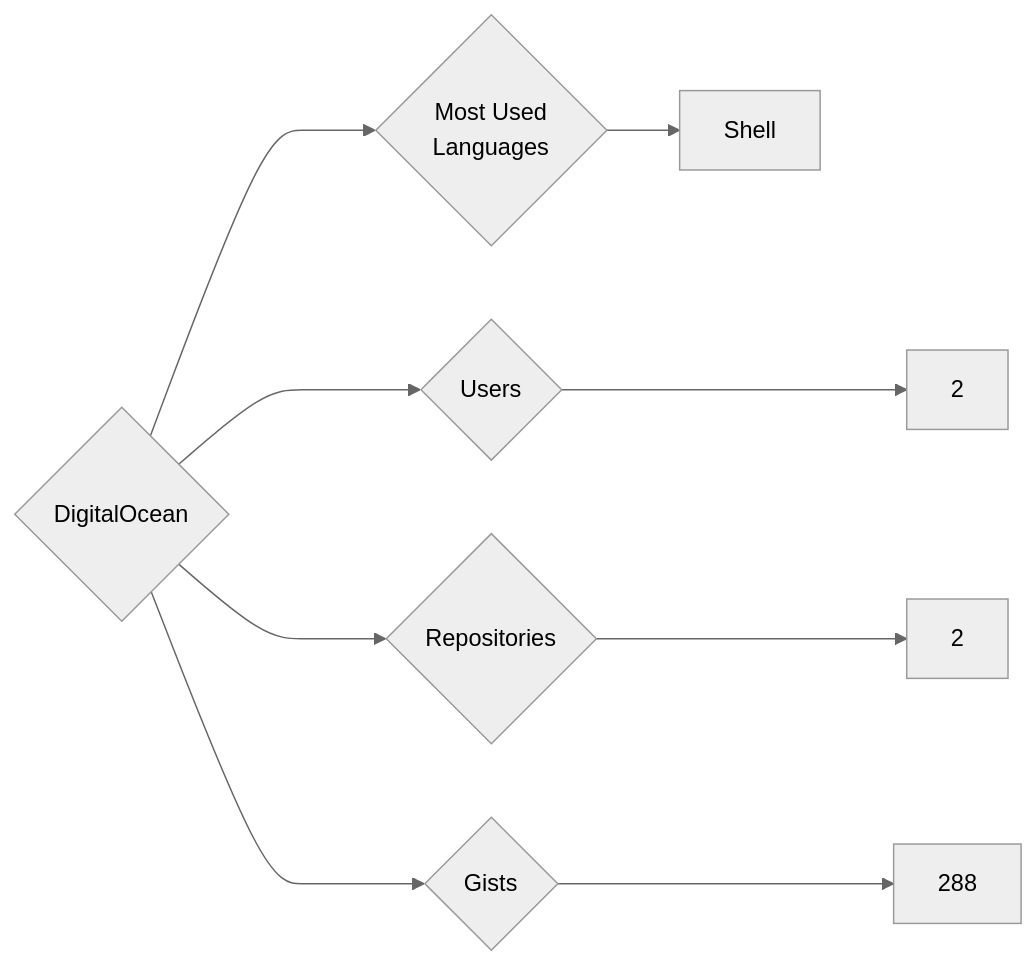
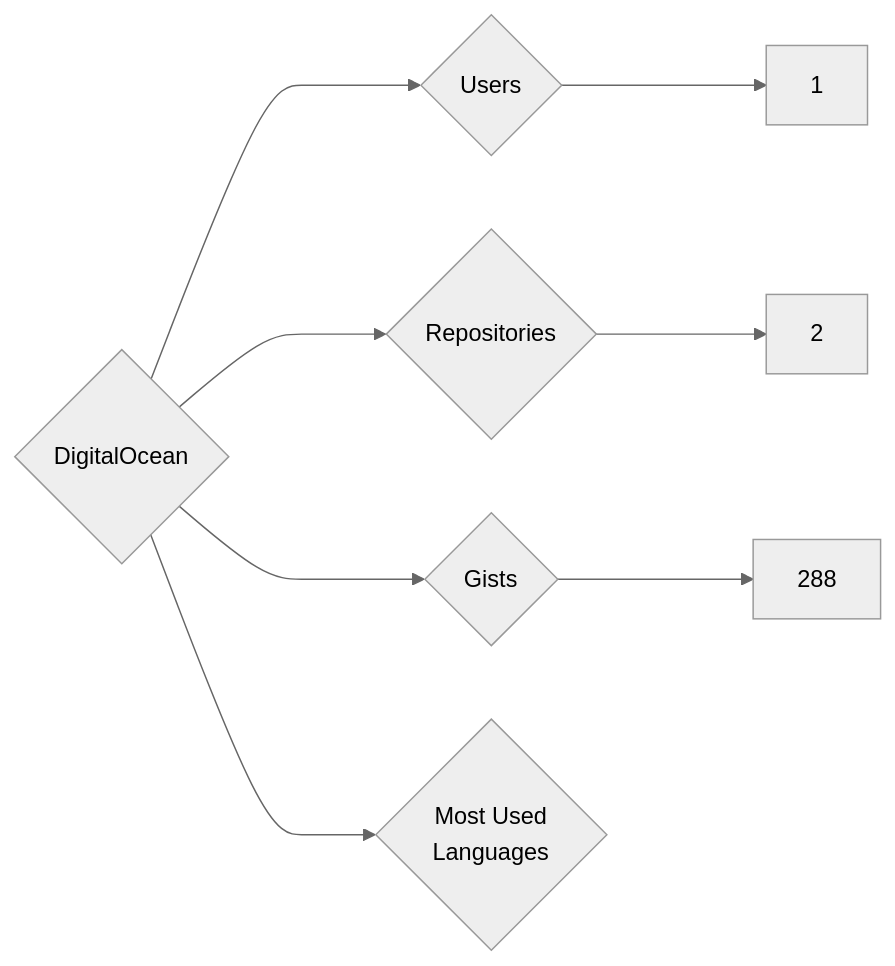
Before and after one commit to trickest/insiders: the diagram in targets/DigitalOcean/README.md, drawn with Mermaid (neutral theme). The commit also changed 997 other files, not shown here.

````diff
--- a/targets/DigitalOcean/README.md
+++ b/targets/DigitalOcean/README.md
@@ -3,9 +3,8 @@
 ```mermaid
 graph LR
 COMPANY_NAME{DigitalOcean}
-COMPANY_NAME ---> U{Users} ---> UN[2]
+COMPANY_NAME ---> U{Users} ---> UN[1]
 COMPANY_NAME ---> R{Repositories} ---> RN[2]
 COMPANY_NAME ---> G{Gists} ---> GN[288]
 COMPANY_NAME ---> ML{Most Used<br>Languages}
-ML --> Shell[Shell]
 ```
````
